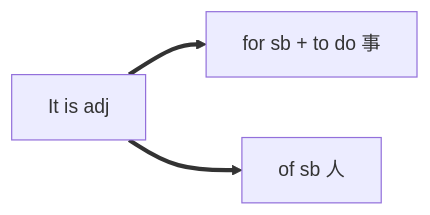
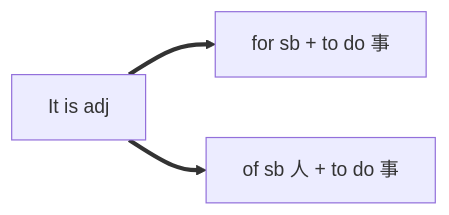
Before and after one commit to fuutianyii/english: the first of 7 diagrams in 非谓语动词/非谓语动词总结.md, drawn with Mermaid. The commit also changed other lines of this file, not shown here.

````diff
--- a/非谓语动词/非谓语动词总结.md
+++ b/非谓语动词/非谓语动词总结.md
@@ -81,7 +81,7 @@
 ```mermaid
 graph LR
 
 A[It is adj] ==> B[for sb + to do 事]
-A ==> C[of sb 人]
+A ==> C[of sb 人  + to do 事]
 
 ```
````
